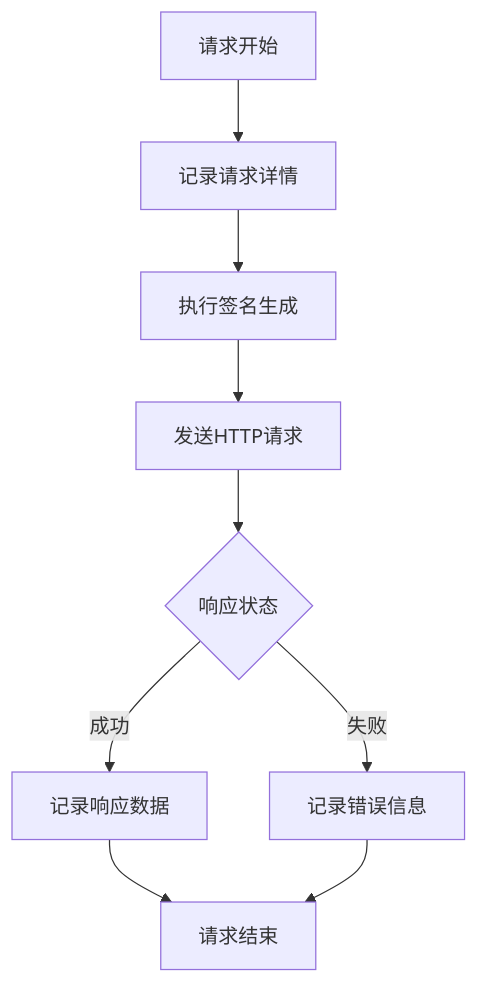
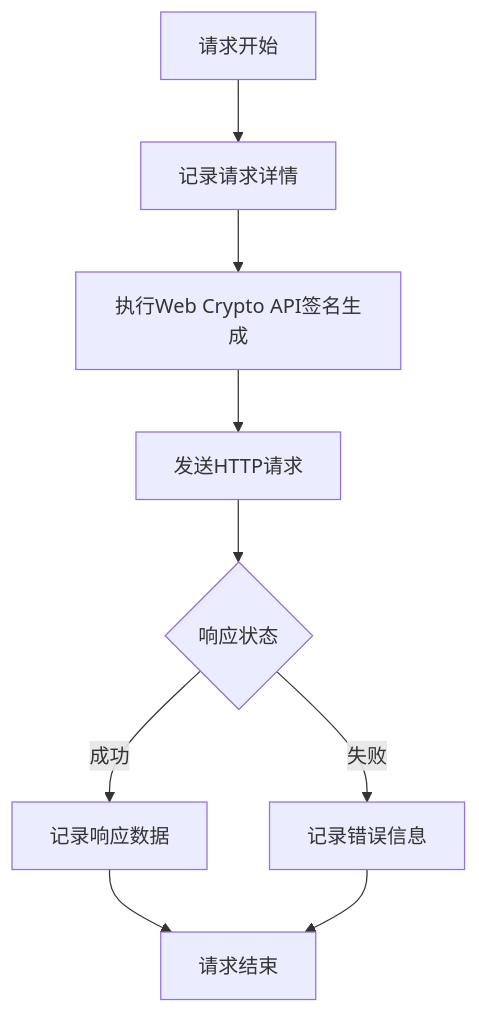
One commit to verse-ai-org/openclaw changed diagram 12 of 13 in .qoder/repowiki/zh/content/核心概念/邀请码API客户端.md. Above: the diagram before and after it, drawn with Mermaid. The commit also changed other lines of this file and 24 other files, not shown here.

````diff
--- a/.qoder/repowiki/zh/content/核心概念/邀请码API客户端.md
+++ b/.qoder/repowiki/zh/content/核心概念/邀请码API客户端.md
@@ -510,11 +577,11 @@
 ```mermaid
 graph TD
 A[请求开始] --> B[记录请求详情]
-B --> C[执行签名生成]
+B --> C[执行Web Crypto API签名生成]
 C --> D[发送HTTP请求]
 D --> E{响应状态}
 E --> |成功| F[记录响应数据]
 E --> |失败| G[记录错误信息]
 F --> H[请求结束]
 G --> H
 ```
````
